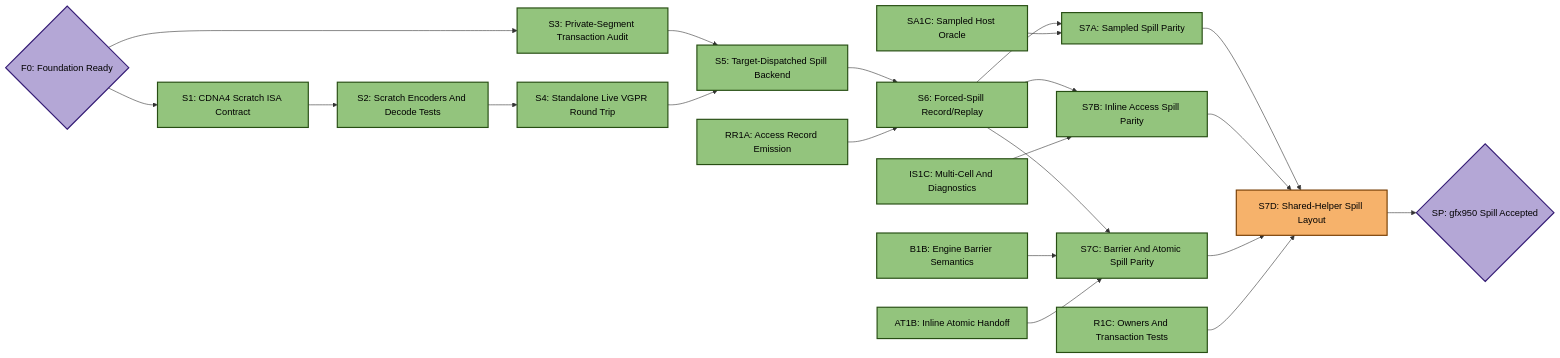
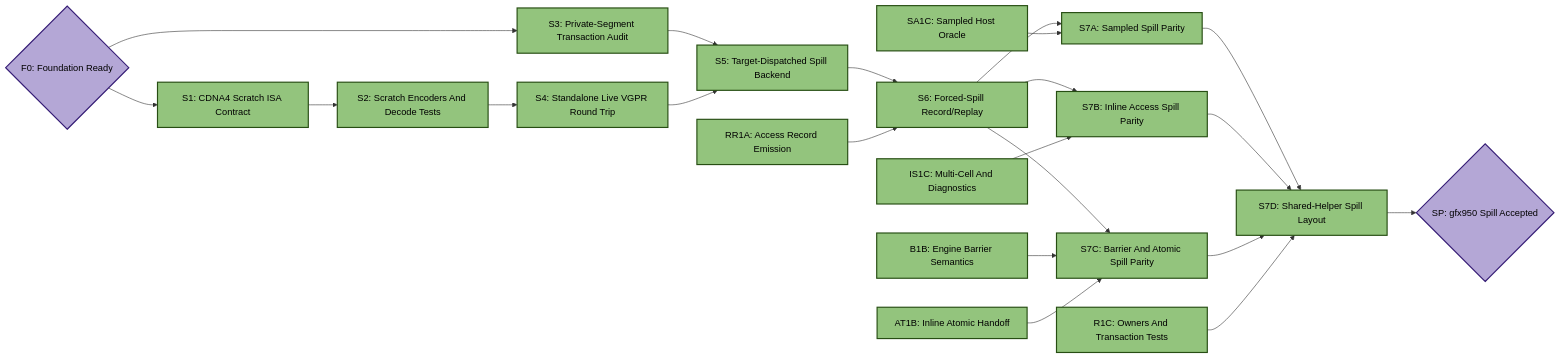
Before and after one commit to ROCm/rocm-systems: the third of 5 diagrams in emulation/rocjitsu/docs/consan/PLAN_GFX950.md, drawn with Mermaid. The commit also changed other lines of this file, not shown here.

Commit message:
rocjitsu: complete gfx950 shared-helper spill parity

````diff
--- a/emulation/rocjitsu/docs/consan/PLAN_GFX950.md
+++ b/emulation/rocjitsu/docs/consan/PLAN_GFX950.md
@@ -331,47 +338,47 @@
 ```mermaid
 flowchart LR
   F0{"F0: Foundation Ready"}:::target
   S1["S1: CDNA4 Scratch ISA Contract"]:::done
   S2["S2: Scratch Encoders And Decode Tests"]:::done
   S3["S3: Private-Segment Transaction Audit"]:::done
   S4["S4: Standalone Live VGPR Round Trip"]:::done
   S5["S5: Target-Dispatched Spill Backend"]:::done
   RR1A["RR1A: Access Record Emission"]:::done
   S6["S6: Forced-Spill Record/Replay"]:::done
   SA1C["SA1C: Sampled Host Oracle"]:::done
   IS1C["IS1C: Multi-Cell And Diagnostics"]:::done
   B1B["B1B: Engine Barrier Semantics"]:::done
   AT1B["AT1B: Inline Atomic Handoff"]:::done
   R1C["R1C: Owners And Transaction Tests"]:::done
   S7A["S7A: Sampled Spill Parity"]:::done
   S7B["S7B: Inline Access Spill Parity"]:::done
   S7C["S7C: Barrier And Atomic Spill Parity"]:::done
-  S7D["S7D: Shared-Helper Spill Layout"]:::active
+  S7D["S7D: Shared-Helper Spill Layout"]:::done
   SP{"SP: gfx950 Spill Accepted"}:::target
 
   F0 --> S1
   F0 --> S3
   S1 --> S2
   S2 --> S4
   S3 --> S5
   S4 --> S5
   S5 --> S6
   RR1A --> S6
   S6 --> S7A
   SA1C --> S7A
   S6 --> S7B
   IS1C --> S7B
   S6 --> S7C
   B1B --> S7C
   AT1B --> S7C
   S7A --> S7D
   S7B --> S7D
   S7C --> S7D
   R1C --> S7D
   S7D --> SP
 
   classDef done fill:#93c47d,stroke:#274e13,stroke-width:2px,color:#000;
   classDef active fill:#f6b26b,stroke:#783f04,stroke-width:2px,color:#000;
   classDef todo fill:#b7b7b7,stroke:#434343,stroke-width:2px,color:#000;
   classDef target fill:#b4a7d6,stroke:#351c75,stroke-width:2px,color:#000;
 ```
````
